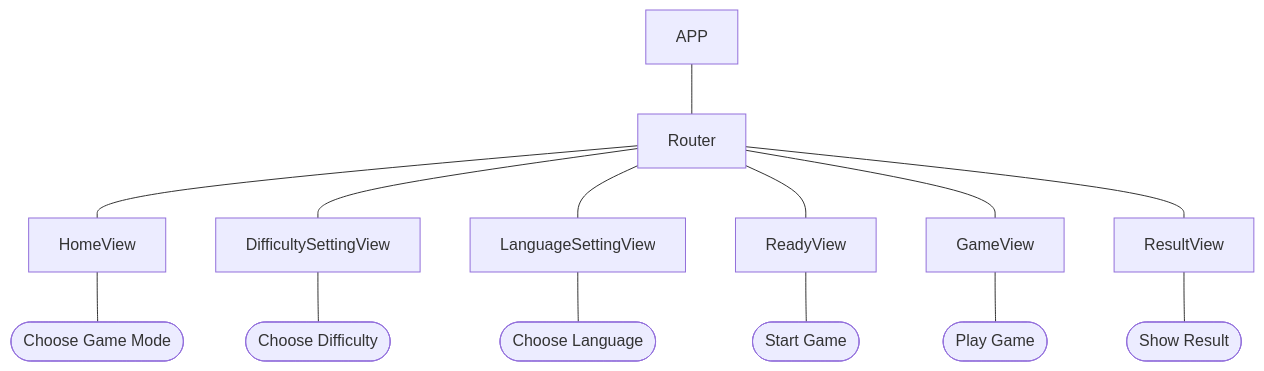
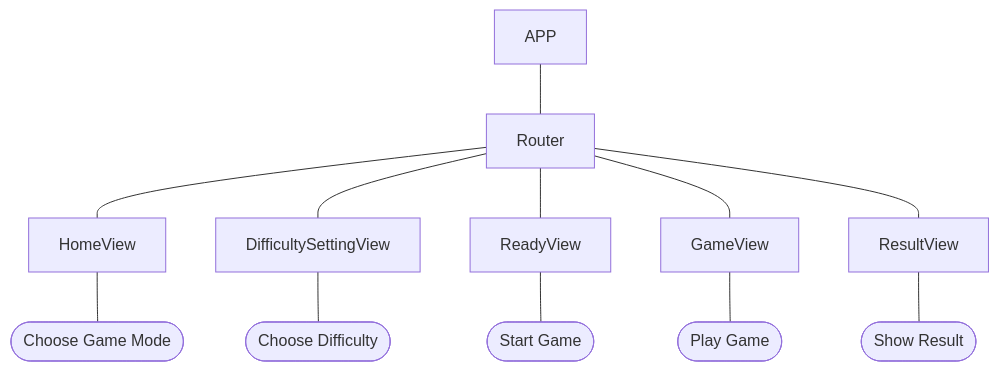
One commit to vikiorf/viktor-johansson-testing_typescript-quiz_app- changed the diagram in docs/classDiagram.md. Above: the diagram before and after it, drawn with Mermaid. The commit also changed 7 other files, not shown here.

````diff
--- a/docs/classDiagram.md
+++ b/docs/classDiagram.md
@@ -3,26 +3,23 @@
 ```mermaid
 flowchart TD
 		APP[APP]
     Router[Router]
 		HomeView[HomeView]
 		GameView[GameView]
 		ReadyView[ReadyView]
 		ResultView[ResultView]
-		LanguageSettingView[LanguageSettingView]
 		DifficultySettingView[DifficultySettingView]
 
     APP --- Router
 		Router --- HomeView
 		Router --- DifficultySettingView
-		Router --- LanguageSettingView
 		Router --- ReadyView
 		Router --- GameView
 		Router --- ResultView
 
     HomeView --- HomeViewFunction([Choose Game Mode])
     DifficultySettingView --- DifficultySettingViewFunction([Choose Difficulty])
-    LanguageSettingView --- LanguageSettingViewFunction([Choose Language])
     ReadyView --- ReadyViewFunction([Start Game])
     GameView --- GameViewFunction([Play Game])
     ResultView --- ResultViewFunction([Show Result])
 ```
````
